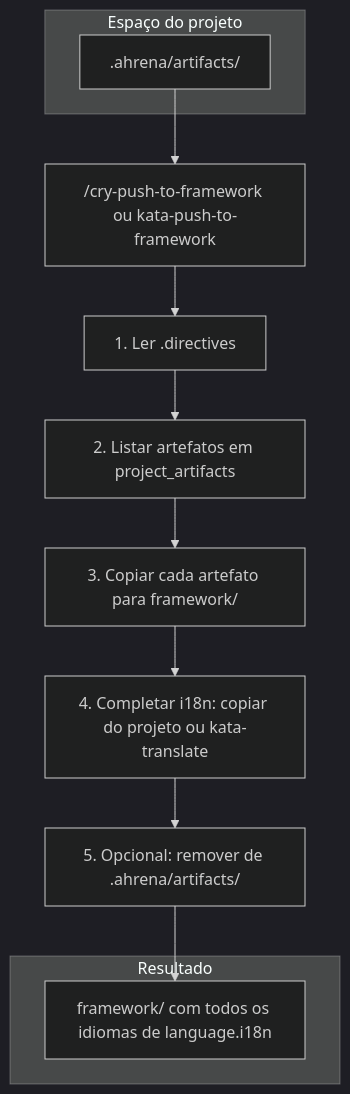
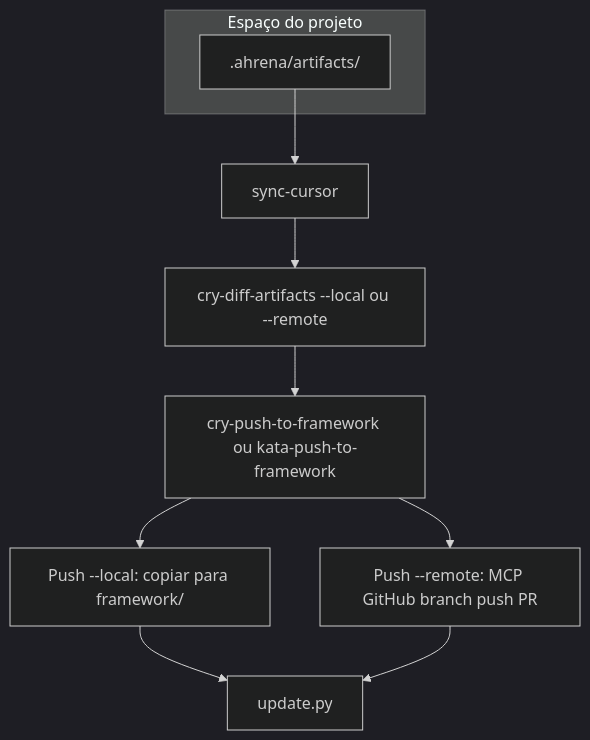
The second of 2 diagrams in framework/pt-BR/_foundation/authoring/README.md (guardiatechnology/ahrena), drawn with Mermaid (dark theme) before and after one commit. The commit also changed other lines of this file and 18 other files, not shown here.

First line of the commit message:
docs(authoring): canonical flow, push --local/--remote, kata-diff-artifacts and cry-diff-artifacts

````diff
--- a/framework/pt-BR/_foundation/authoring/README.md
+++ b/framework/pt-BR/_foundation/authoring/README.md
@@ -79,20 +85,20 @@
 ```mermaid
 flowchart TD
     subgraph origem [Espaço do projeto]
         Art[".ahrena/artifacts/"]
     end
 
-    Inv["/cry-push-to-framework ou kata-push-to-framework"]
-    P1["1. Ler .directives"]
-    P2["2. Listar artefatos em project_artifacts"]
-    P3["3. Copiar cada artefato para framework/"]
-    P4["4. Completar i18n: copiar do projeto ou kata-translate"]
-    P5["5. Opcional: remover de .ahrena/artifacts/"]
+    Sync["sync-cursor"]
+    Diff["cry-diff-artifacts --local ou --remote"]
+    Push["cry-push-to-framework ou kata-push-to-framework"]
+    Local["Push --local: copiar para framework/"]
+    Remote["Push --remote: MCP GitHub branch push PR"]
+    Update["update.py"]
 
-    subgraph destino [Resultado]
-        FW["framework/ com todos os idiomas de language.i18n"]
-    end
-
-    Art --> Inv
-    Inv --> P1 --> P2 --> P3 --> P4 --> P5 --> FW
+    Art --> Sync --> Diff
+    Diff --> Push
+    Push --> Local
+    Push --> Remote
+    Local --> Update
+    Remote --> Update
 ```
````
